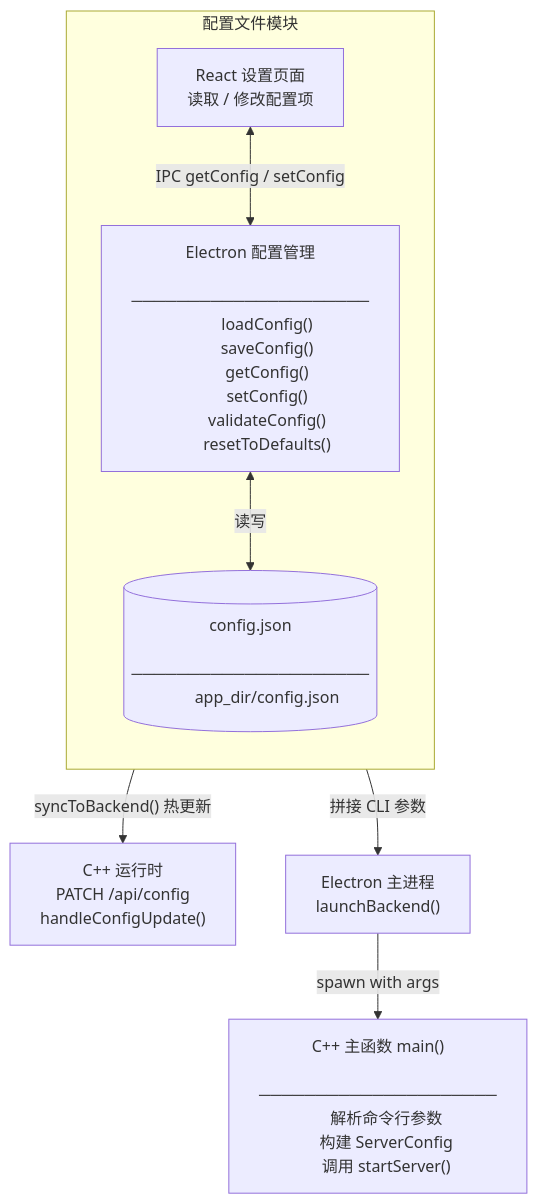
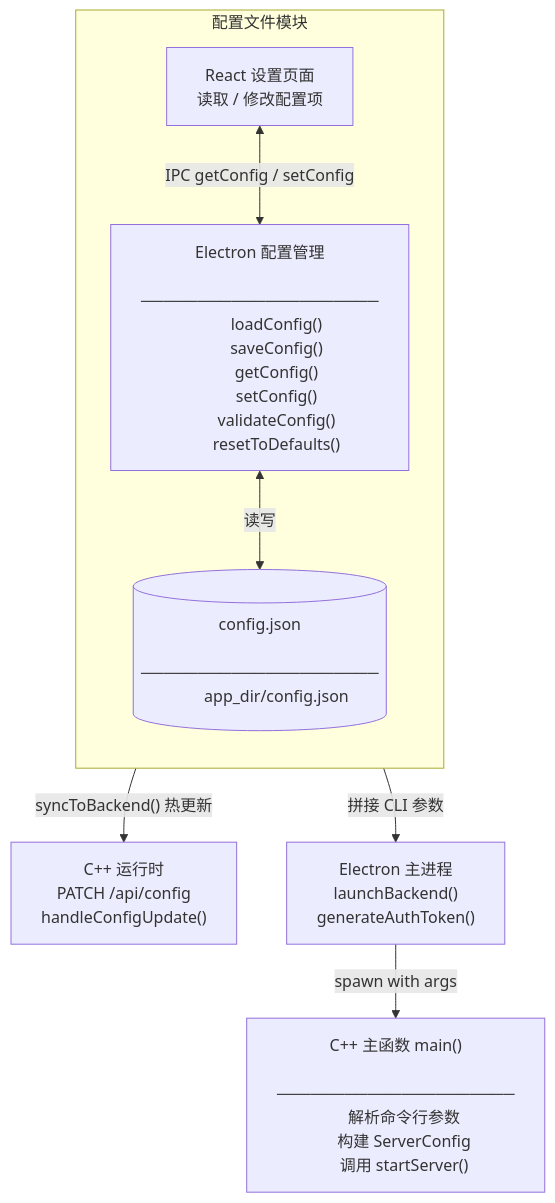
The first of 3 diagrams in docs/arch/config.md (MintITes/QuickMemes), drawn with Mermaid before and after one commit. The commit also changed other lines of this file and 8 other files, not shown here.

````diff
--- a/docs/arch/config.md
+++ b/docs/arch/config.md
@@ -43,41 +43,42 @@
 ```mermaid
 graph TD
     subgraph CONFIG_MOD ["配置文件模块"]
         direction TB
         JSON_FILE[("config.json
         ─────────────────────
         app_dir/config.json")]
 
         FE_CONFIG["Electron 配置管理
         ─────────────────────
         loadConfig()
         saveConfig()
         getConfig()
         setConfig()
         validateConfig()
         resetToDefaults()"]
 
         REACT_SETTINGS["React 设置页面
         读取 / 修改配置项"]
 
         FE_CONFIG <-->|"读写"| JSON_FILE
         REACT_SETTINGS <-->|"IPC getConfig / setConfig"| FE_CONFIG
     end
 
     CPP_MAIN["C++ 主函数 main()
     ─────────────────────
     解析命令行参数
     构建 ServerConfig
     调用 startServer()"]
 
     CPP_RUNTIME["C++ 运行时
     PATCH /api/config
     handleConfigUpdate()"]
 
     ELECTRON_LAUNCH["Electron 主进程
-    launchBackend()"]
+    launchBackend()
+    generateAuthToken()"]
 
     FE_CONFIG -->|"拼接 CLI 参数"| ELECTRON_LAUNCH
     ELECTRON_LAUNCH -->|"spawn with args"| CPP_MAIN
     FE_CONFIG -->|"syncToBackend() 热更新"| CPP_RUNTIME
 ```
````
